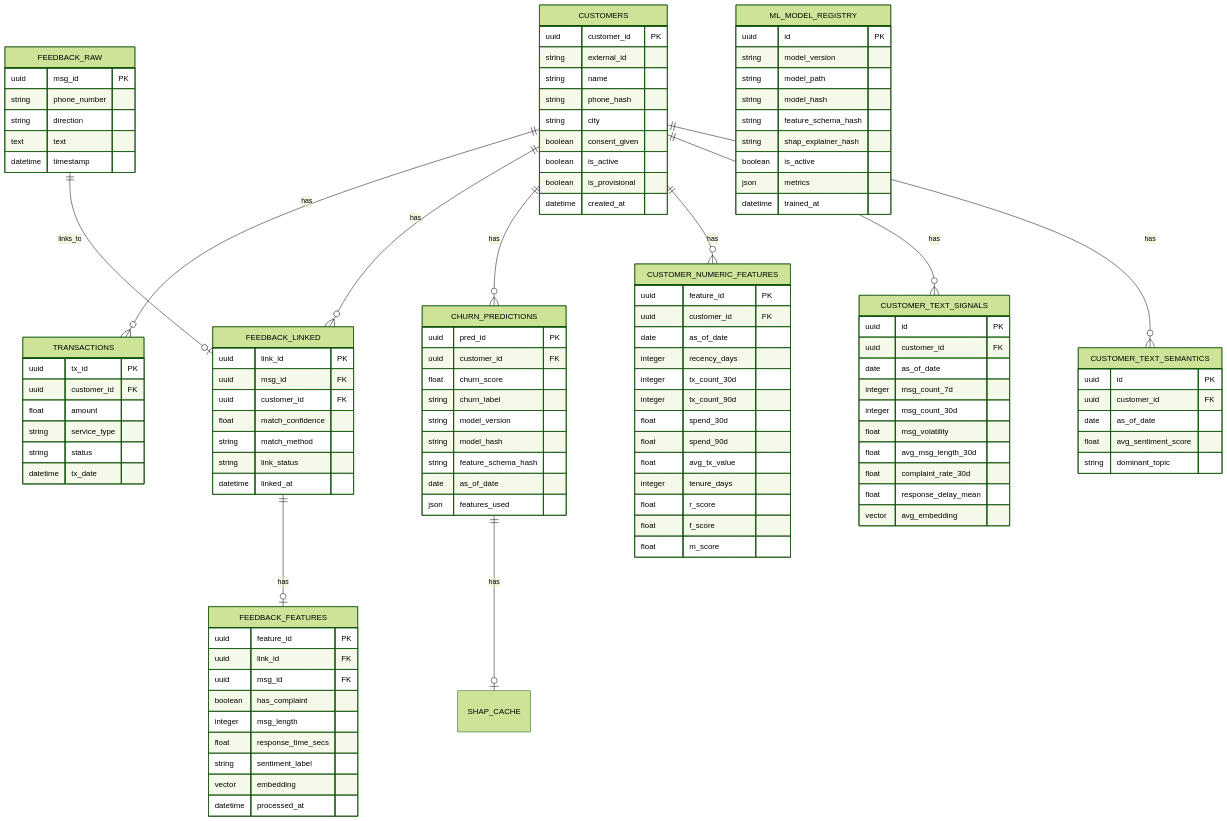
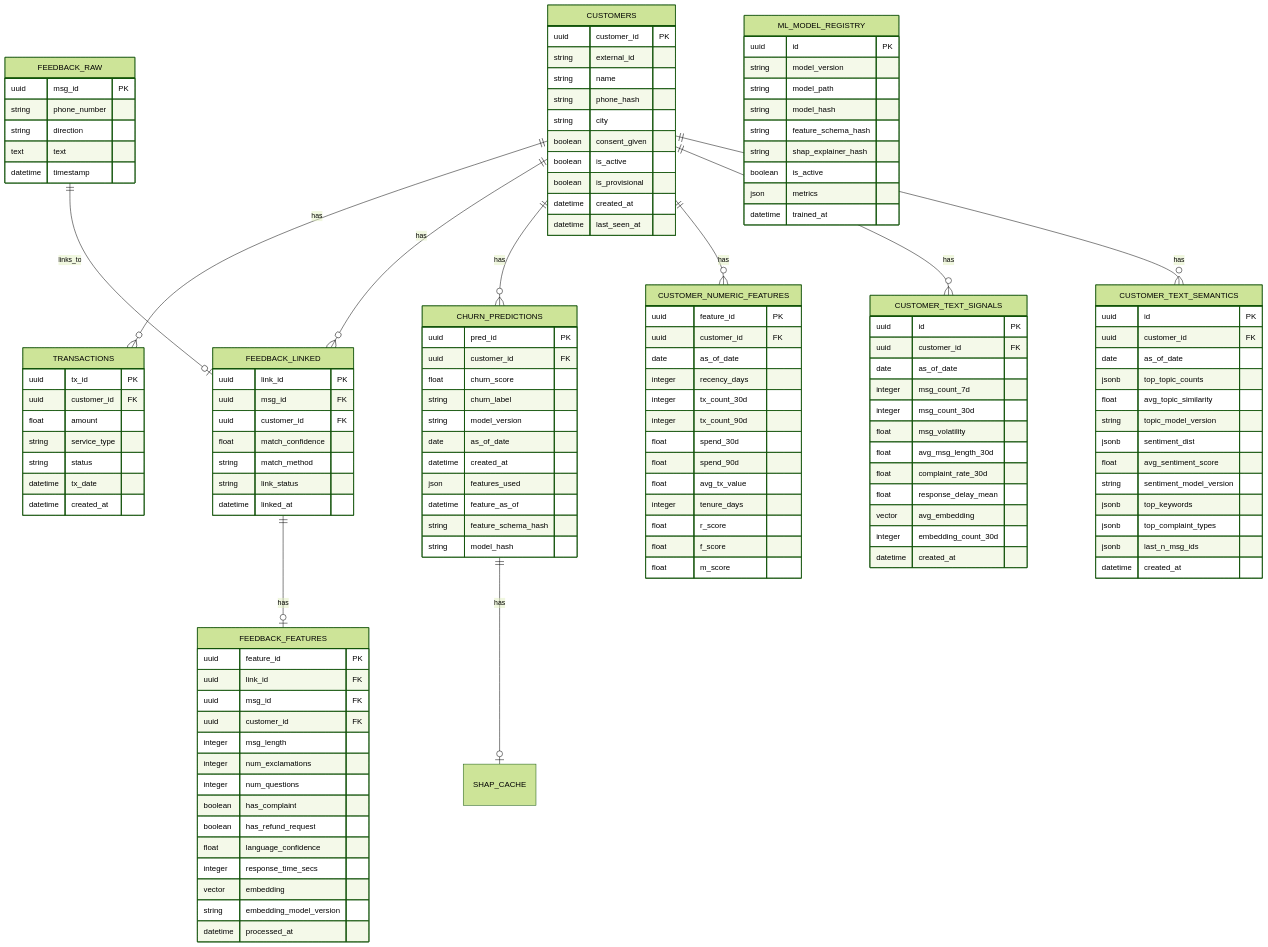
Before and after one commit to adamsafril19/Customer-Analitycs--Mamina-: the seventh of 15 diagrams in DOKUMENTASI_SISTEM.md, drawn with Mermaid (forest theme). The commit also changed 11 other files, not shown here.

```diff
--- a/DOKUMENTASI_SISTEM.md
+++ b/DOKUMENTASI_SISTEM.md
@@ -544,6 +544,7 @@
         boolean is_active
         boolean is_provisional
         datetime created_at
+        datetime last_seen_at
     }
 
     TRANSACTIONS {
@@ -553,6 +554,7 @@
         string service_type
         string status
         datetime tx_date
+        datetime created_at
     }
 
     FEEDBACK_RAW {
@@ -577,11 +579,16 @@
         uuid feature_id PK
         uuid link_id FK
         uuid msg_id FK
+        uuid customer_id FK
+        integer msg_length
+        integer num_exclamations
+        integer num_questions
         boolean has_complaint
-        integer msg_length
-        float response_time_secs
-        string sentiment_label
+        boolean has_refund_request
+        float language_confidence
+        integer response_time_secs
         vector embedding
+        string embedding_model_version
         datetime processed_at
     }
 
@@ -612,14 +619,24 @@
         float complaint_rate_30d
         float response_delay_mean
         vector avg_embedding
+        integer embedding_count_30d
+        datetime created_at
     }
 
     CUSTOMER_TEXT_SEMANTICS {
         uuid id PK
         uuid customer_id FK
         date as_of_date
+        jsonb top_topic_counts
+        float avg_topic_similarity
+        string topic_model_version
+        jsonb sentiment_dist
         float avg_sentiment_score
-        string dominant_topic
+        string sentiment_model_version
+        jsonb top_keywords
+        jsonb top_complaint_types
+        jsonb last_n_msg_ids
+        datetime created_at
     }
 
     CHURN_PREDICTIONS {
@@ -628,10 +645,12 @@
         float churn_score
         string churn_label
         string model_version
+        date as_of_date
+        datetime created_at
+        json features_used
+        datetime feature_as_of
+        string feature_schema_hash
         string model_hash
-        string feature_schema_hash
-        date as_of_date
-        json features_used
     }
 
     ML_MODEL_REGISTRY {
```
